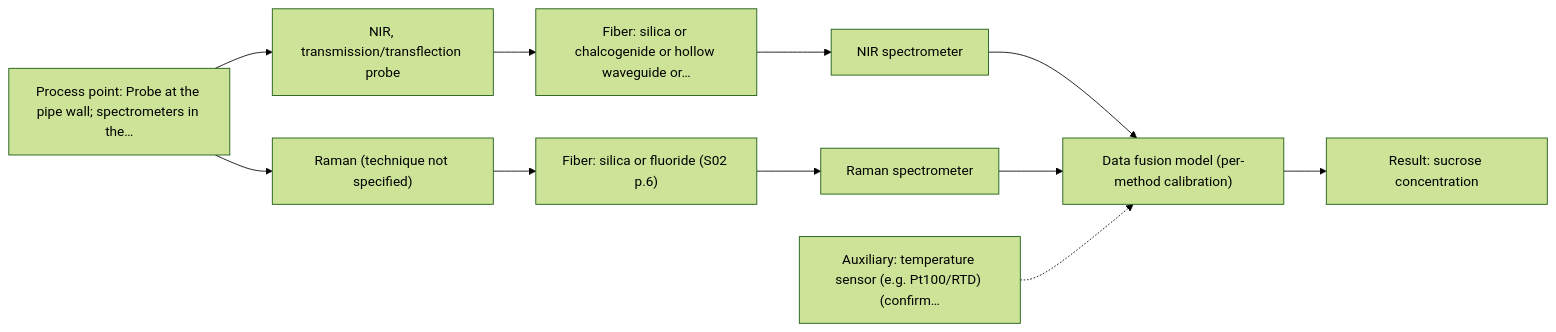
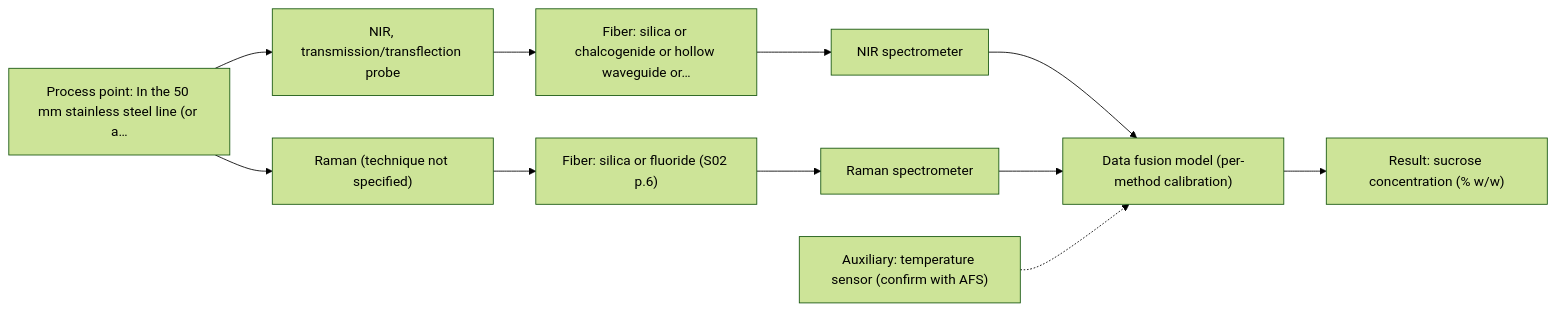
One commit to sleipnir029/Afs-Spectroscopy-Assistant changed the second of 2 diagrams in outputs/adversarial/A07.md. Above: the diagram before and after it, drawn with Mermaid (forest theme). The commit also changed other lines of this file and 9 other files, not shown here.

````diff
--- a/outputs/adversarial/A07.md
+++ b/outputs/adversarial/A07.md
@@ -79,23 +85,23 @@
 ```mermaid
 flowchart LR
-    proc["Process point: Probe at the pipe wall; spectrometers in the…"]
+    proc["Process point: In the 50 mm stainless steel line (or a…"]
     probe1["NIR, transmission/transflection probe"]
     fiber1["Fiber: silica or chalcogenide or hollow waveguide or…"]
     spec1["NIR spectrometer"]
     probe2["Raman (technique not specified)"]
     fiber2["Fiber: silica or fluoride (S02 p.6)"]
     spec2["Raman spectrometer"]
     model["Data fusion model (per-method calibration)"]
-    result["Result: sucrose concentration"]
-    aux1["Auxiliary: temperature sensor (e.g. Pt100/RTD) (confirm…"]
+    result["Result: sucrose concentration (% w/w)"]
+    aux1["Auxiliary: temperature sensor (confirm with AFS)"]
     proc --> probe1
     probe1 --> fiber1
     fiber1 --> spec1
     spec1 --> model
     proc --> probe2
     probe2 --> fiber2
     fiber2 --> spec2
     spec2 --> model
     model --> result
     aux1 -.-> model
 ```
````
